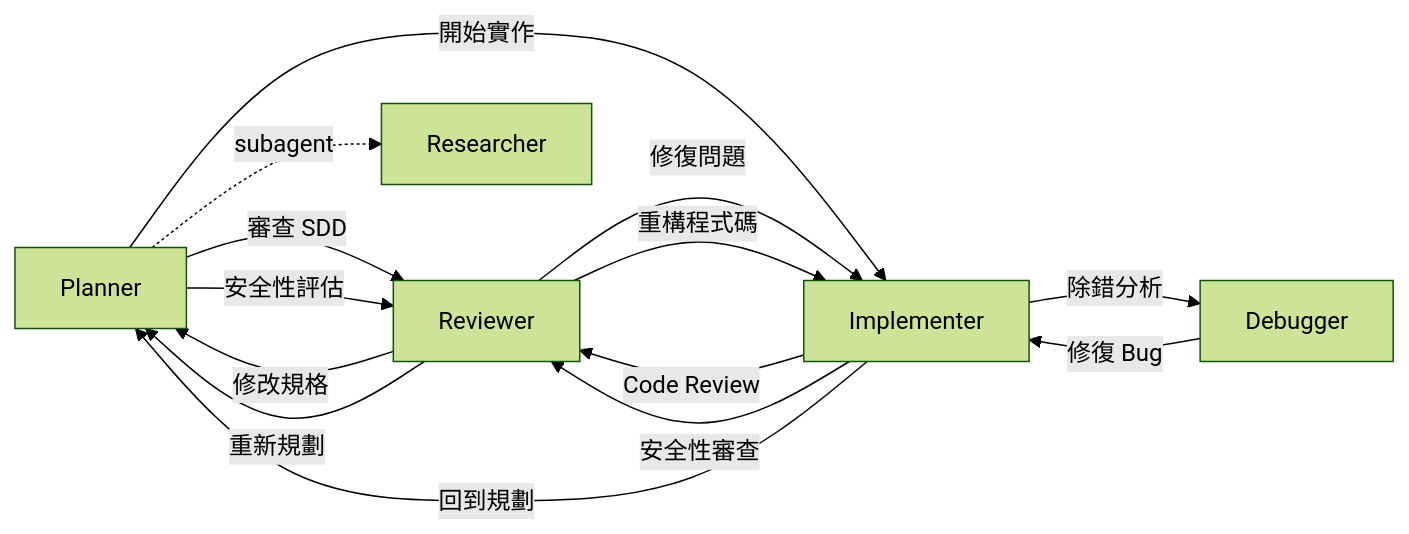
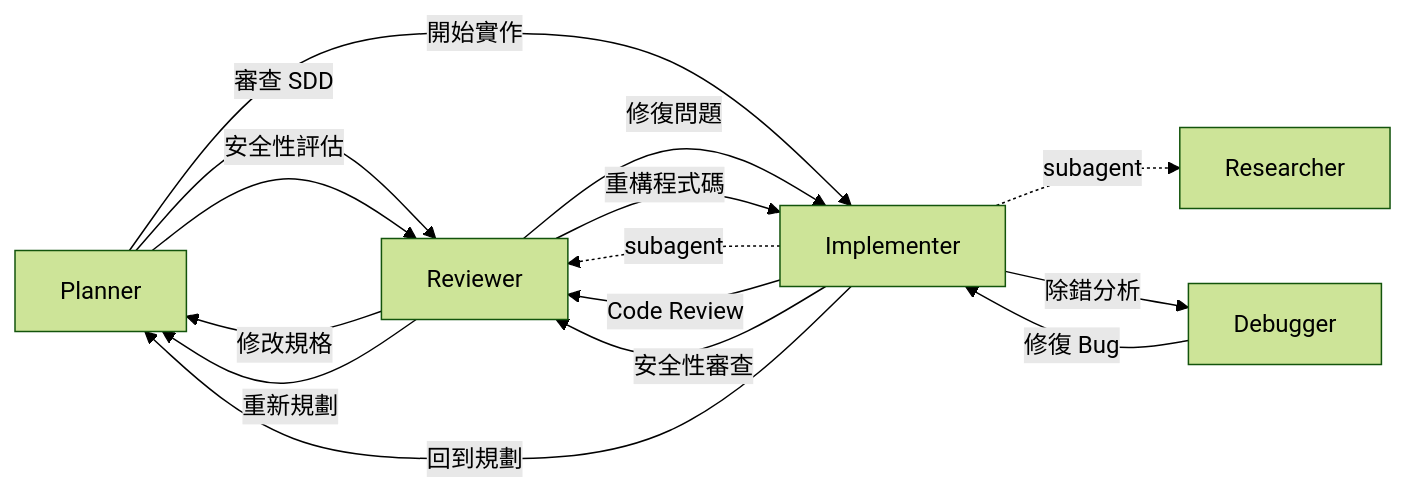
Before and after one commit to zexion7873/copilot-setting: the third of 3 diagrams in README.zh-TW.md, drawn with Mermaid (forest theme). The commit also changed other lines of this file and 5 other files, not shown here.

First line of the commit message:
refactor(agents): move Researcher from Planner to Implementer, add Reviewer as subagent

````diff
--- a/README.zh-TW.md
+++ b/README.zh-TW.md
@@ -121,19 +121,20 @@
 ```mermaid
 flowchart LR
     Planner -->|"審查 SDD"| Reviewer
     Planner -->|"開始實作"| Implementer
     Planner -->|"安全性評估"| Reviewer
-    Planner -.->|"subagent"| Researcher
 
+    Implementer -.->|"subagent"| Researcher
+    Implementer -.->|"subagent"| Reviewer
     Implementer -->|"Code Review"| Reviewer
     Implementer -->|"安全性審查"| Reviewer
     Implementer -->|"除錯分析"| Debugger
     Implementer -->|"回到規劃"| Planner
 
     Reviewer -->|"修復問題"| Implementer
     Reviewer -->|"重構程式碼"| Implementer
     Reviewer -->|"修改規格"| Planner
     Reviewer -->|"重新規劃"| Planner
 
     Debugger -->|"修復 Bug"| Implementer
 ```
````
